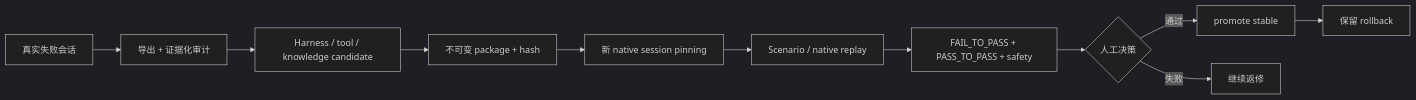
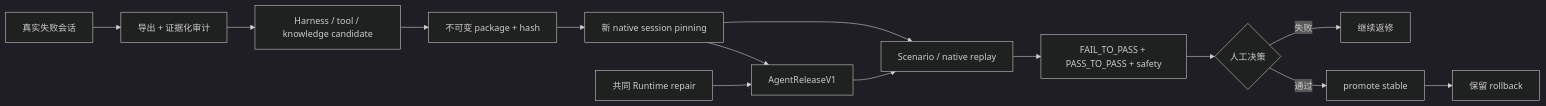
The diagram in docs/architecture/harness-training.md (Pandluto/dmg-end-field), drawn with Mermaid (dark theme) before and after one commit. The commit also changed other lines of this file and 7 other files, not shown here.

Commit message:
chore(def): gate architecture closure contracts

````diff
--- a/docs/architecture/harness-training.md
+++ b/docs/architecture/harness-training.md
@@ -7,13 +16,16 @@
 ```mermaid
 flowchart LR
   Failure["真实失败会话"] --> Audit["导出 + 证据化审计"]
   Audit --> Candidate["Harness / tool / knowledge candidate"]
   Candidate --> Package["不可变 package + hash"]
   Package --> Session["新 native session pinning"]
+  Runtime["共同 Runtime repair"] --> Release["AgentReleaseV1"]
+  Session --> Release
   Session --> Replay["Scenario / native replay"]
+  Release --> Replay
   Replay --> Judge["FAIL_TO_PASS + PASS_TO_PASS + safety"]
   Judge --> Review{人工决策}
   Review -->|通过| Stable["promote stable"]
   Review -->|失败| Repair["继续返修"]
   Stable --> Rollback["保留 rollback"]
 ```
````
